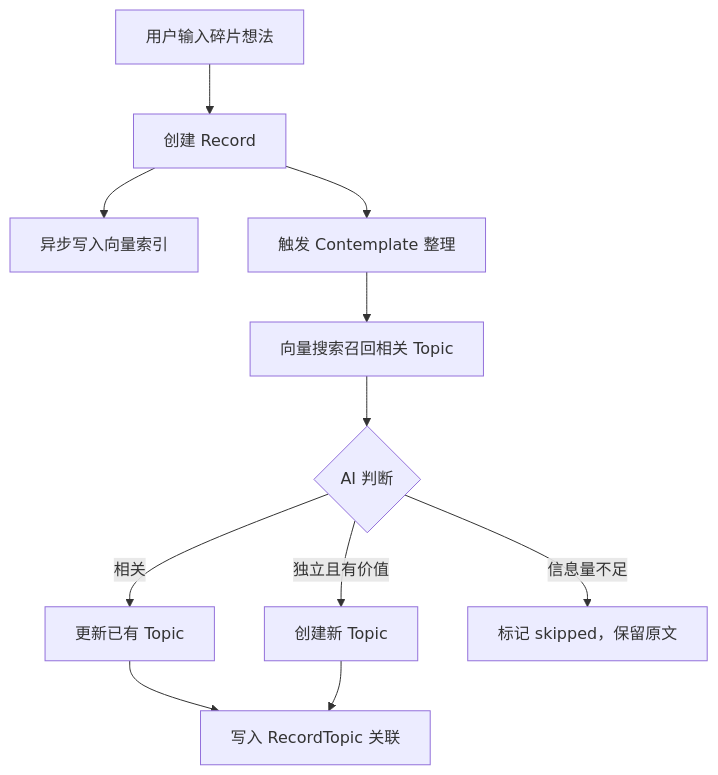
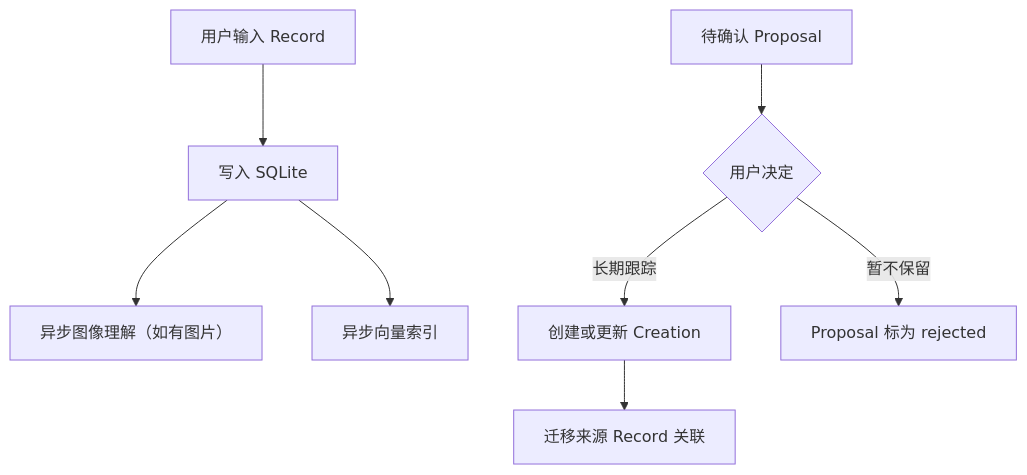
The diagram in README.md (huiru-wang/fanto), drawn with Mermaid before and after one commit. The commit also changed other lines of this file and 50 other files, not shown here.

````diff
--- a/README.md
+++ b/README.md
@@ -36,13 +36,10 @@
 ```mermaid
 flowchart TD
-    A["用户输入碎片想法"] --> B["创建 Record"]
-    B --> C["异步写入向量索引"]
-    B --> D["触发 Contemplate 整理"]
-    D --> E["向量搜索召回相关 Topic"]
-    E --> F{"AI 判断"}
-    F -->|相关| G["更新已有 Topic"]
-    F -->|独立且有价值| H["创建新 Topic"]
-    F -->|信息量不足| I["标记 skipped，保留原文"]
-    G --> J["写入 RecordTopic 关联"]
-    H --> J
+    A["用户输入 Record"] --> B["写入 SQLite"]
+    B --> C["异步图像理解（如有图片）"]
+    B --> D["异步向量索引"]
+    E["待确认 Proposal"] --> F{"用户决定"}
+    F -->|长期跟踪| G["创建或更新 Creation"]
+    F -->|暂不保留| H["Proposal 标为 rejected"]
+    G --> I["迁移来源 Record 关联"]
 ```
````
